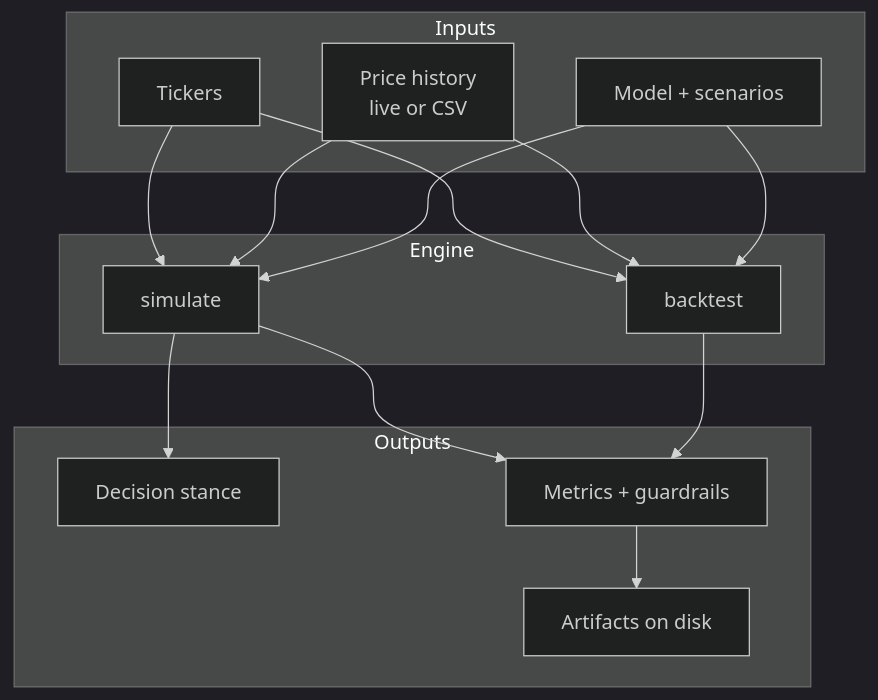
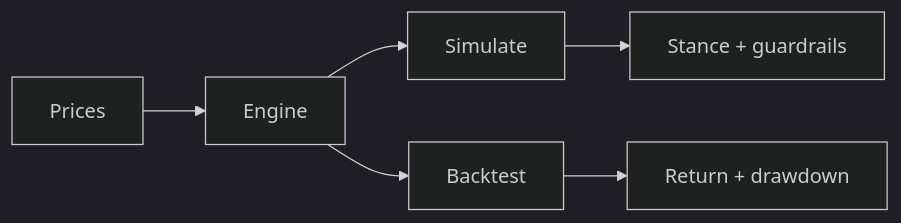
The diagram in README.md (pdj555/monte-carlo), drawn with Mermaid (dark theme) before and after one commit. The commit also changed other lines of this file, not shown here.

````diff
--- a/README.md
+++ b/README.md
@@ -7,30 +5,8 @@
 ```mermaid
-flowchart TB
-  subgraph Inputs
-    T[Tickers]
-    D[Price history<br/>live or CSV]
-    P[Model + scenarios]
-  end
-
-  subgraph Engine
-    S[simulate]
-    B[backtest]
-  end
-
-  subgraph Outputs
-    R[Decision stance]
-    M[Metrics + guardrails]
-    F[Artifacts on disk]
-  end
-
-  T --> S
-  D --> S
-  P --> S
-  T --> B
-  D --> B
-  P --> B
-  S --> R
-  S --> M
-  B --> M
-  M --> F
+flowchart LR
+  A[Prices] --> B[Engine]
+  B --> C[Simulate]
+  B --> D[Backtest]
+  C --> E[Stance + guardrails]
+  D --> F[Return + drawdown]
 ```
````
